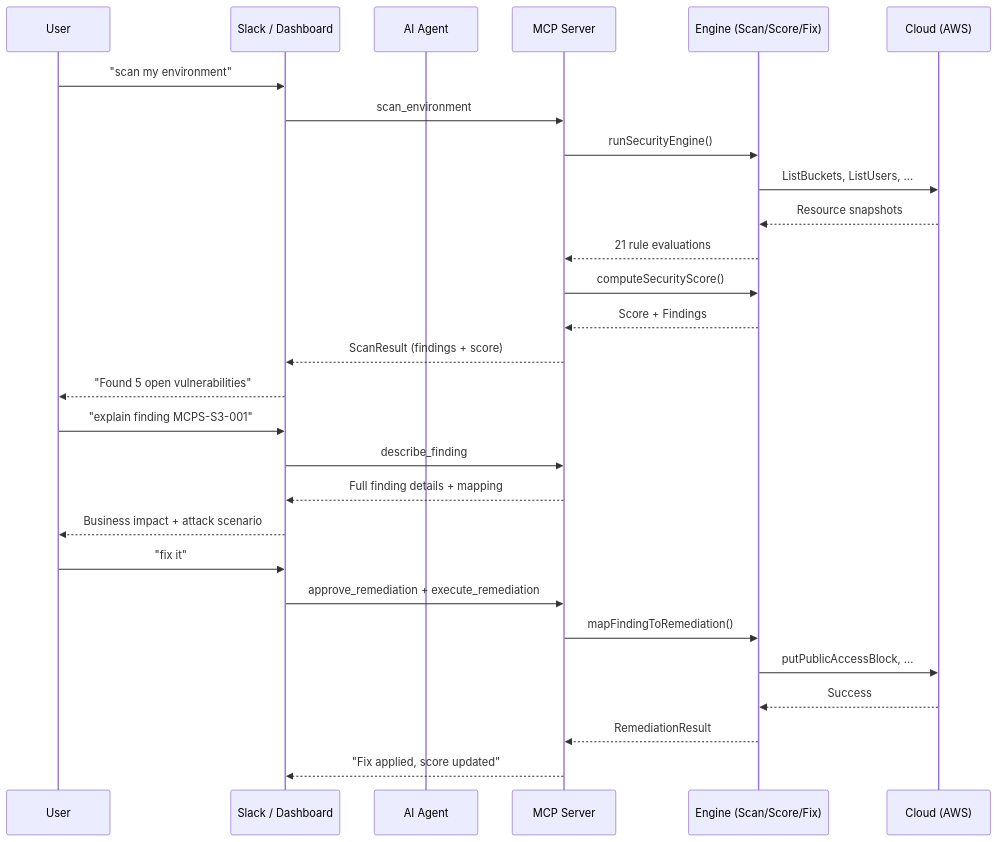
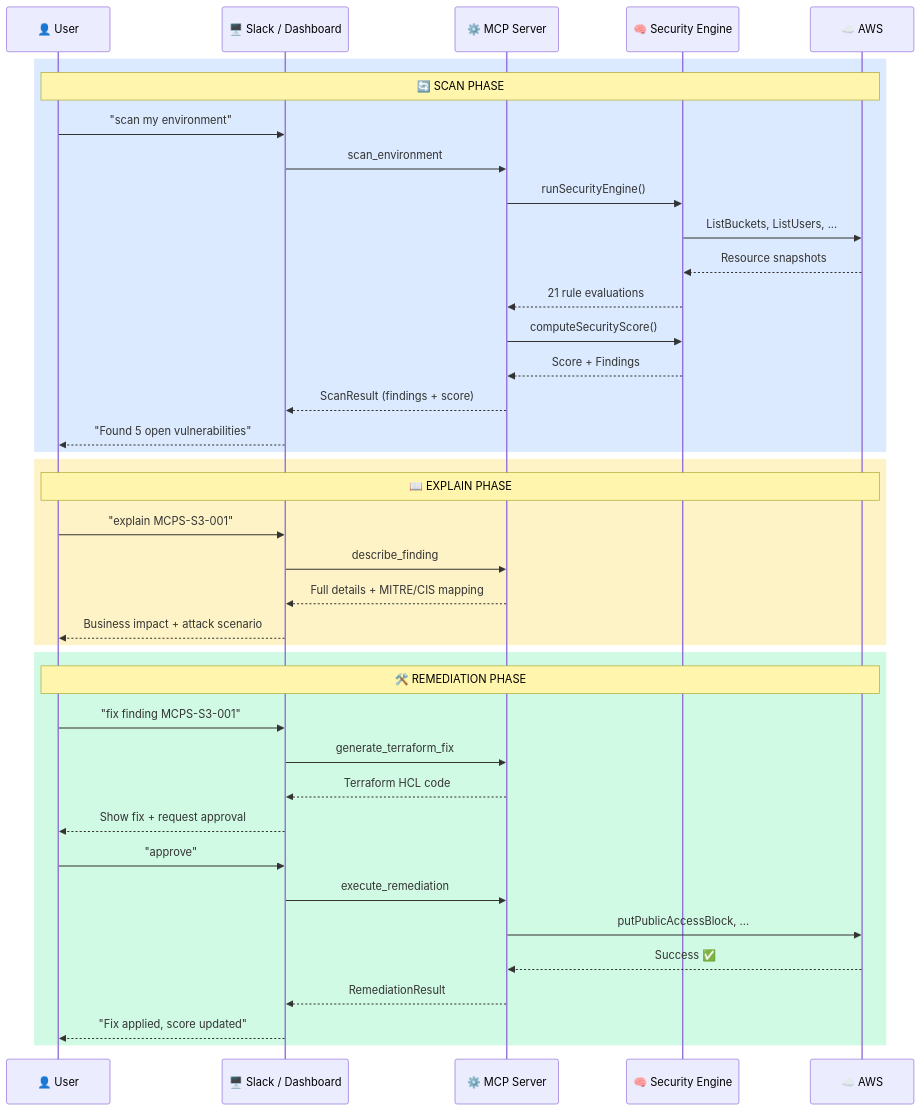
The second of 4 diagrams in README.md (akintunero/mcpshield), drawn with Mermaid before and after one commit. The commit also changed other lines of this file, not shown here.

Commit message:
docs: improve architecture diagrams with better styling and clarity

````diff
--- a/README.md
+++ b/README.md
@@ -68,33 +84,44 @@
 ```mermaid
 sequenceDiagram
-    participant U as User
-    participant S as Slack / Dashboard
-    participant A as AI Agent
-    participant M as MCP Server
-    participant E as Engine (Scan/Score/Fix)
-    participant C as Cloud (AWS)
+    participant User as 👤 User
+    participant UI as 🖥️ Slack / Dashboard
+    participant MCP as ⚙️ MCP Server
+    participant Engine as 🧠 Security Engine
+    participant Cloud as ☁️ AWS
 
-    U->>S: "scan my environment"
-    S->>M: scan_environment
-    M->>E: runSecurityEngine()
-    E->>C: ListBuckets, ListUsers, ...
-    C-->>E: Resource snapshots
-    E-->>M: 21 rule evaluations
-    M->>E: computeSecurityScore()
-    E-->>M: Score + Findings
-    M-->>S: ScanResult (findings + score)
-    S-->>U: "Found 5 open vulnerabilities"
+    rect rgb(219, 234, 254)
+        Note over User,Cloud: 🔄 SCAN PHASE
+        User->>UI: "scan my environment"
+        UI->>MCP: scan_environment
+        MCP->>Engine: runSecurityEngine()
+        Engine->>Cloud: ListBuckets, ListUsers, ...
+        Cloud-->>Engine: Resource snapshots
+        Engine-->>MCP: 21 rule evaluations
+        MCP->>Engine: computeSecurityScore()
+        Engine-->>MCP: Score + Findings
+        MCP-->>UI: ScanResult (findings + score)
+        UI-->>User: "Found 5 open vulnerabilities"
+    end
 
-    U->>S: "explain finding MCPS-S3-001"
-    S->>M: describe_finding
-    M-->>S: Full finding details + mapping
-    S-->>U: Business impact + attack scenario
+    rect rgb(254, 243, 199)
+        Note over User,Cloud: 📖 EXPLAIN PHASE
+        User->>UI: "explain MCPS-S3-001"
+        UI->>MCP: describe_finding
+        MCP-->>UI: Full details + MITRE/CIS mapping
+        UI-->>User: Business impact + attack scenario
+    end
 
-    U->>S: "fix it"
-    S->>M: approve_remediation + execute_remediation
-    M->>E: mapFindingToRemediation()
-    E->>C: putPublicAccessBlock, ...
-    C-->>E: Success
-    E-->>M: RemediationResult
-    M-->>S: "Fix applied, score updated"
+    rect rgb(209, 250, 229)
+        Note over User,Cloud: 🛠️ REMEDIATION PHASE
+        User->>UI: "fix finding MCPS-S3-001"
+        UI->>MCP: generate_terraform_fix
+        MCP-->>UI: Terraform HCL code
+        UI-->>User: Show fix + request approval
+        User->>UI: "approve"
+        UI->>MCP: execute_remediation
+        MCP->>Cloud: putPublicAccessBlock, ...
+        Cloud-->>MCP: Success ✅
+        MCP-->>UI: RemediationResult
+        UI-->>User: "Fix applied, score updated"
+    end
 ```
````
